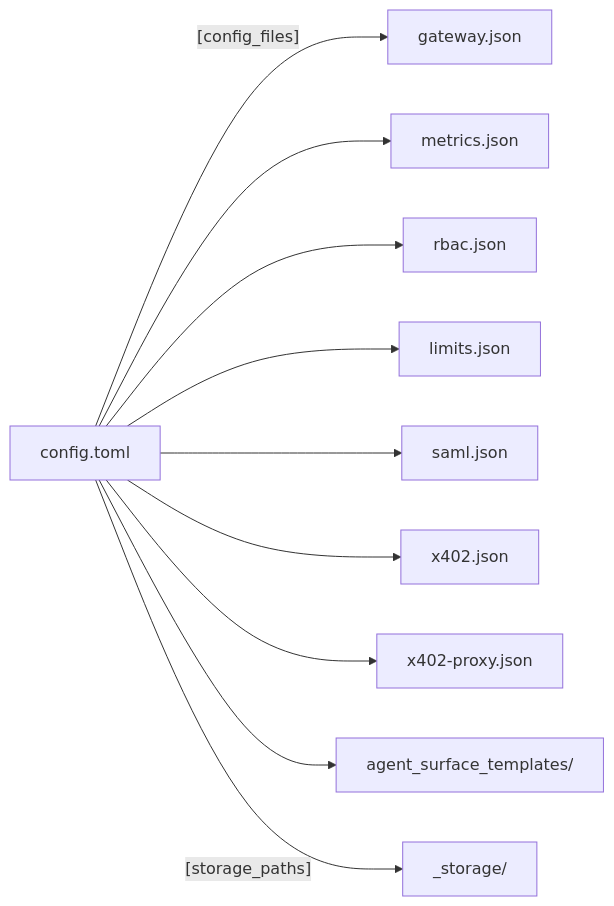
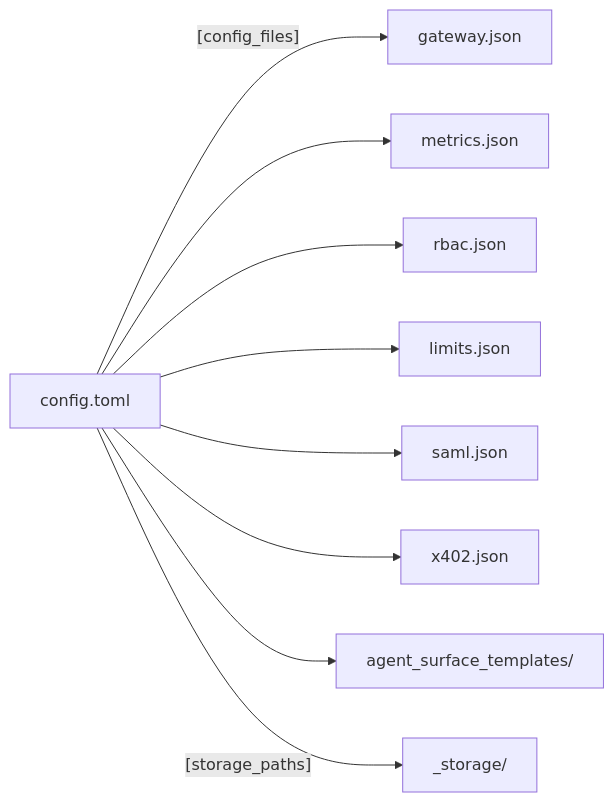
Before and after one commit to affinidi-ai/agent-gateway: the diagram in docs/CONFIGURATION_REFERENCE.md, drawn with Mermaid. The commit also changed other lines of this file and 94 other files, not shown here.

````diff
--- a/docs/CONFIGURATION_REFERENCE.md
+++ b/docs/CONFIGURATION_REFERENCE.md
@@ -56,12 +55,11 @@
 ```mermaid
 flowchart LR
     T[config.toml] -->|"[config_files]"| G[gateway.json]
     T --> M[metrics.json]
     T --> R[rbac.json]
     T --> L[limits.json]
     T --> S[saml.json]
     T --> X[x402.json]
-    T --> XP[x402-proxy.json]
     T --> TP["agent_surface_templates/"]
     T -->|"[storage_paths]"| ST["_storage/"]
 ```
````
